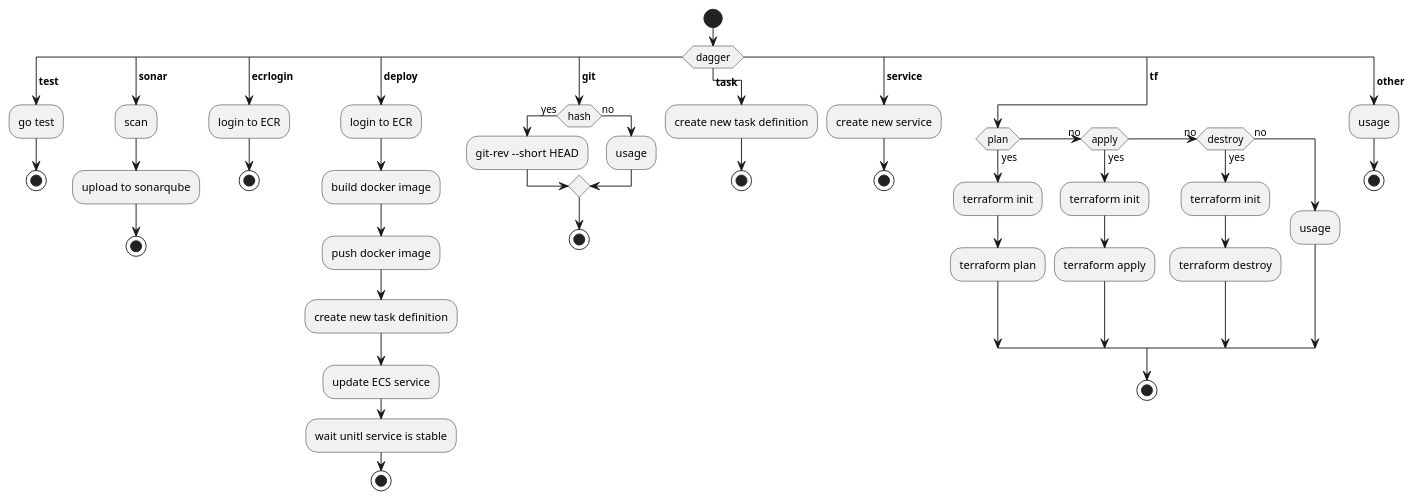
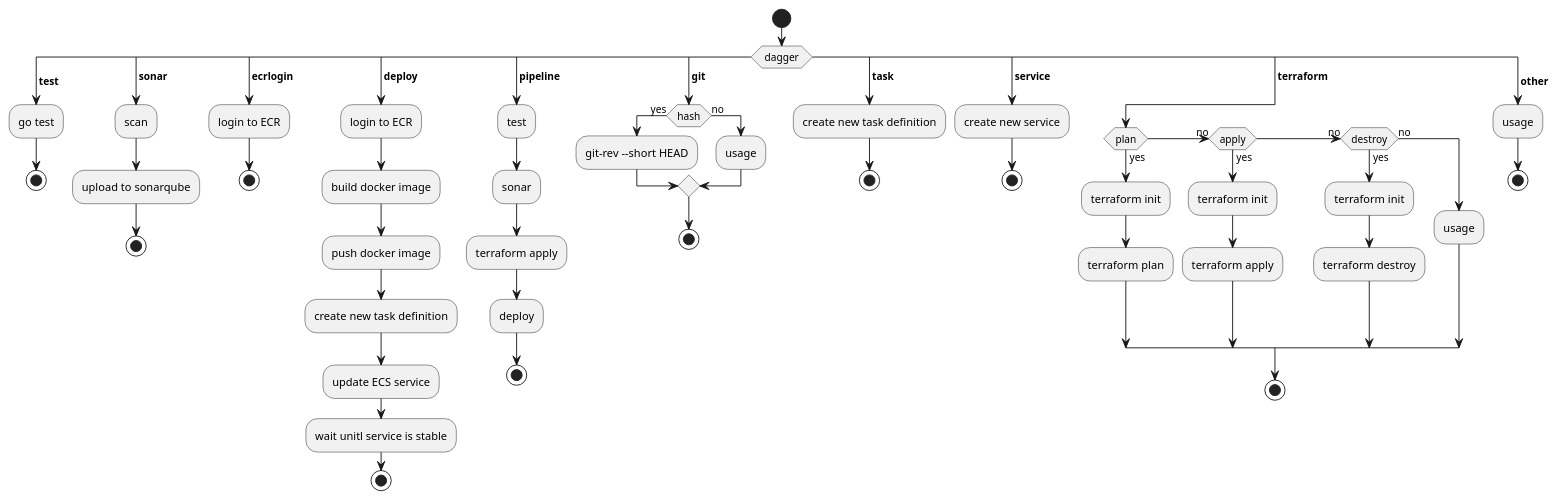
The diagram in plantuml/dagger.puml (FabulousGinger/dagger), drawn with PlantUML before and after one commit. The commit also changed 6 other files, not shown here.

```diff
--- a/plantuml/dagger.puml
+++ b/plantuml/dagger.puml
@@ -1,53 +1,59 @@
 @startuml dagger
 start
 switch ( dagger )
 case ( **test** )
   :go test;
   stop
 case ( **sonar** )
   :scan;
   :upload to sonarqube;
   stop
 case ( **ecrlogin** )
   :login to ECR;
   stop
 case ( **deploy** )
   :login to ECR;
   :build docker image;
   :push docker image;
   :create new task definition;
   :update ECS service;
   :wait unitl service is stable;
   stop
+case ( **pipeline** )
+  :test;
+  :sonar;
+  :terraform apply;
+  :deploy;
+  stop
 case ( **git** )
   if (hash) then (yes)
     :git-rev --short HEAD;
   else (no)
     :usage;
   endif
   stop
 case ( **task** )
   :create new task definition;
   stop
 case ( **service** )
   :create new service;
   stop
-case ( **tf** )
+case ( **terraform** )
   if (plan) then (yes)
     :terraform init;
     :terraform plan;
   (no) elseif (apply) then (yes)
     :terraform init;
     :terraform apply;
   (no) elseif (destroy) then (yes)
     :terraform init;
     :terraform destroy;
   else (no)
     :usage;
   endif
   stop
 case ( **other** )
   :usage;
   stop
 endswitch
 @enduml
```
